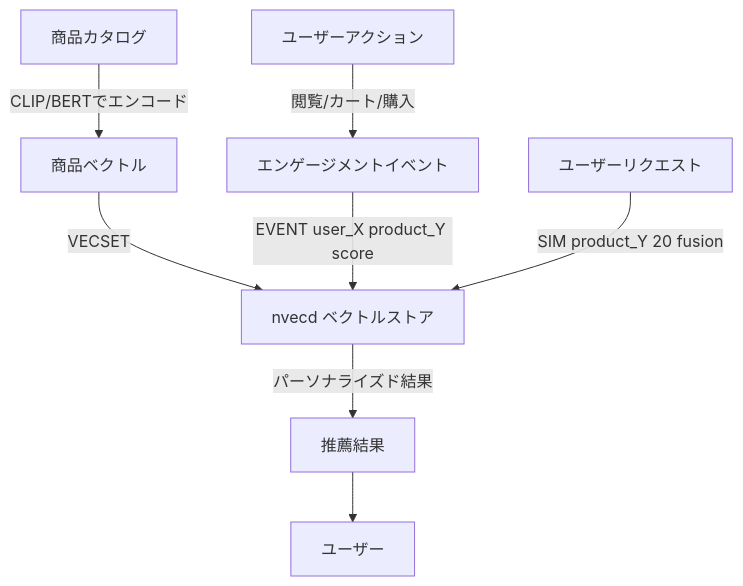
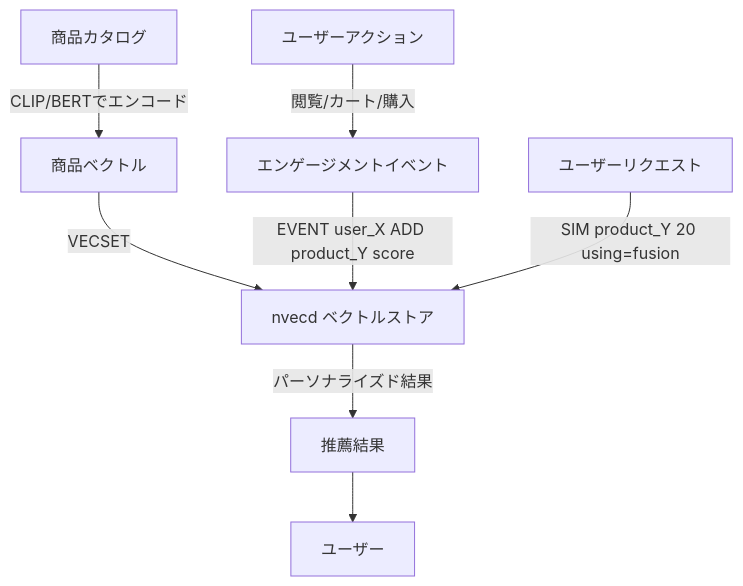
The third of 5 diagrams in docs/ja/use-cases.md (libraz/nvecd), drawn with Mermaid before and after one commit. The commit also changed other lines of this file and 50 other files, not shown here.

````diff
--- a/docs/ja/use-cases.md
+++ b/docs/ja/use-cases.md
@@ -242,12 +242,12 @@
 ```mermaid
 graph TB
     A[商品カタログ] -->|CLIP/BERTでエンコード| B[商品ベクトル]
     B -->|VECSET| C[nvecd ベクトルストア]
 
     D[ユーザーアクション] -->|閲覧/カート/購入| E[エンゲージメントイベント]
-    E -->|EVENT user_X product_Y score| C
+    E -->|EVENT user_X ADD product_Y score| C
 
-    F[ユーザーリクエスト] -->|SIM product_Y 20 fusion| C
+    F[ユーザーリクエスト] -->|SIM product_Y 20 using=fusion| C
     C -->|パーソナライズド結果| G[推薦結果]
     G --> H[ユーザー]
 ```
````
